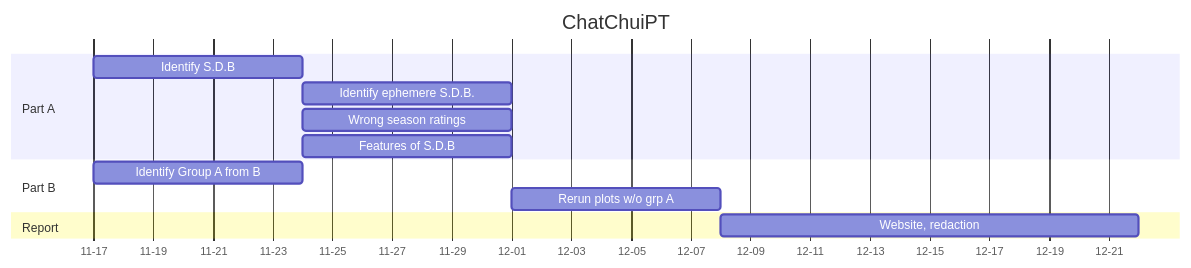
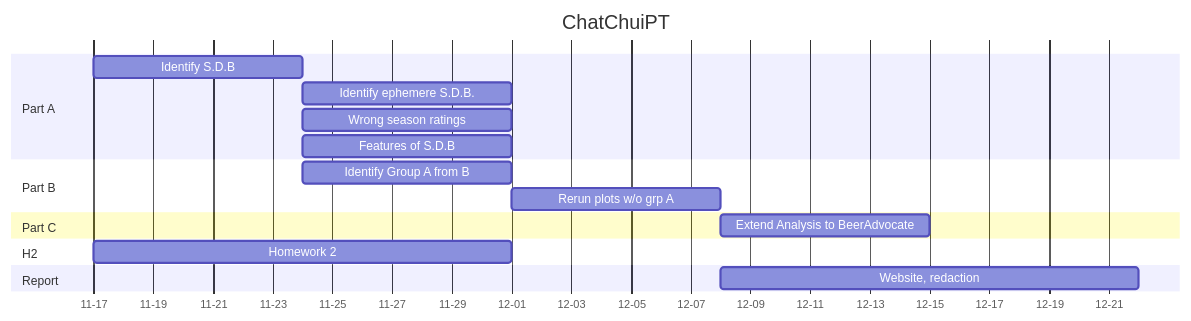
Before and after one commit to epfl-ada/ada-2023-project-chatchuipt: the diagram in readme.md, drawn with Mermaid. The commit also changed other lines of this file, not shown here.

Commit message:
some changes

````diff
--- a/readme.md
+++ b/readme.md
@@ -54,17 +56,21 @@
 ```mermaid
 gantt
     title ChatChuiPT
     dateFormat MM-DD
 	axisFormat %m-%d
 
 	section Part A
 		Identify S.D.B                     :t1, 11-17, 1w
 		Identify ephemere S.D.B.           :after t1, 1w
 		Wrong season ratings               :after t1, 1w
-		Features of S.D.B                  :t2,after t1, 1w
+		Features of S.D.B                  :after t1, 1w
     section Part B
-		Identify Group A from B	                 :t3, 11-17, 1w
-		Rerun plots w/o grp A                    :after t2, 1w
+		Identify Group A from B	           :t2, after t1, 1w
+		Rerun plots w/o grp A              :t4, after t2, 1w
+	section Part C
+	    Extend Analysis to BeerAdvocate    :after t4, 1w
+	section H2
+		Homework 2                         :h2, 11-17, 12-01
 	section Report
 		Website, redaction                       :end, 12-08, 2w
 ```
````
